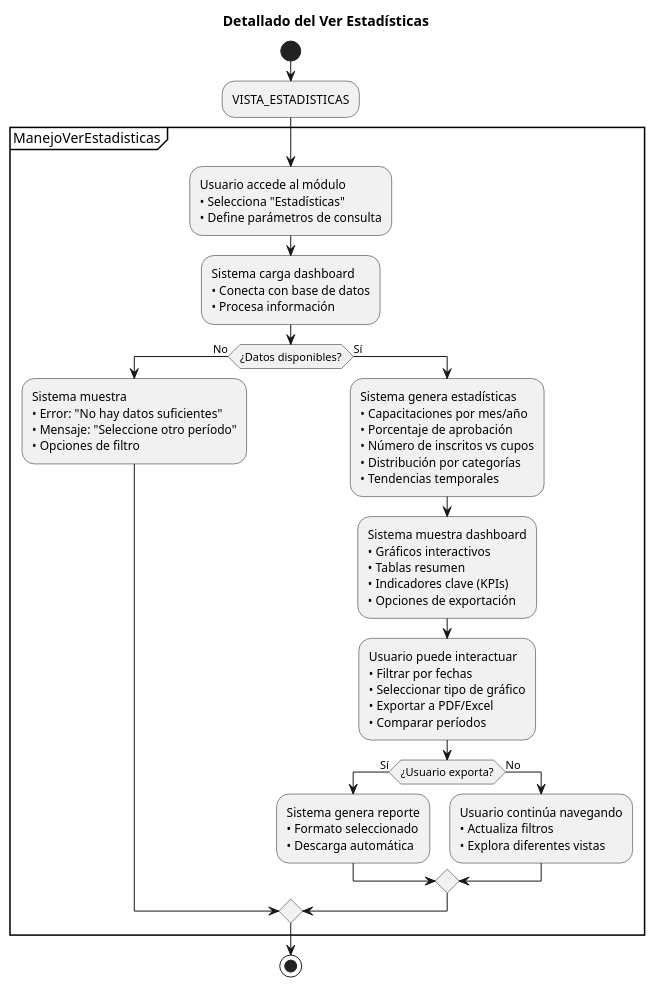
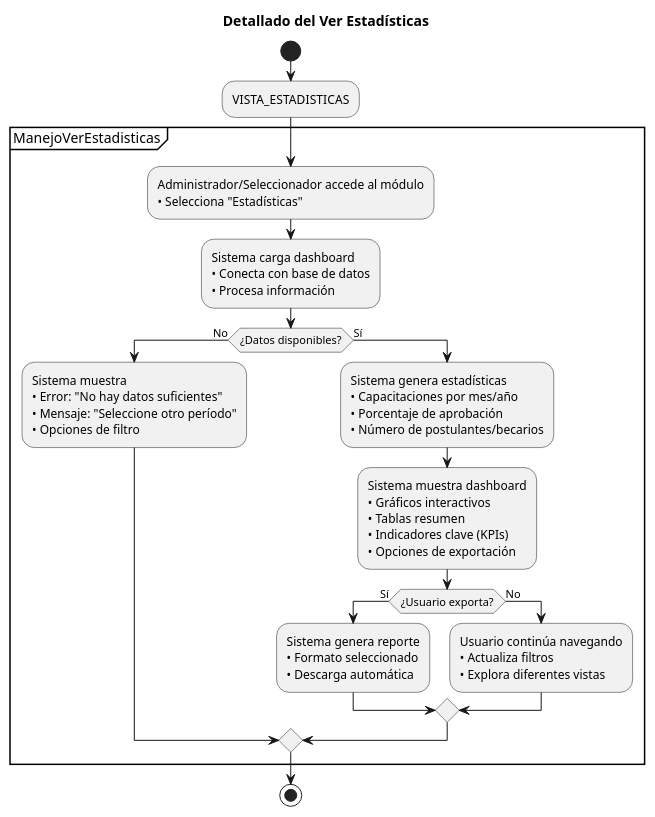
The diagram in casos_de_uso/diagramas_casos_de_uso_detallados/ver_estadisticas.puml (Dievex/24-25-IdSw1-SDR), drawn with PlantUML before and after one commit.

Commit message:
estadisiticas modificacion

```diff
--- a/casos_de_uso/diagramas_casos_de_uso_detallados/ver_estadisticas.puml
+++ b/casos_de_uso/diagramas_casos_de_uso_detallados/ver_estadisticas.puml
@@ -1,61 +1,57 @@
 @startuml
 title Detallado del Ver Estadísticas
 
 start
 
 :VISTA_ESTADISTICAS;
 
 partition ManejoVerEstadisticas {
   
-  :Usuario accede al módulo
-  • Selecciona "Estadísticas"
-  • Define parámetros de consulta;
+  :Administrador/Seleccionador accede al módulo
+  • Selecciona "Estadísticas";
+
   
   :Sistema carga dashboard
   • Conecta con base de datos
   • Procesa información;
   
   if (¿Datos disponibles?) then (No)
     :Sistema muestra
     • Error: "No hay datos suficientes"
     • Mensaje: "Seleccione otro período"
     • Opciones de filtro;
     
   else (Sí)
     :Sistema genera estadísticas
     • Capacitaciones por mes/año
     • Porcentaje de aprobación
-    • Número de inscritos vs cupos
-    • Distribución por categorías
-    • Tendencias temporales;
+    • Número de postulantes/becarios;
+  
+ 
     
     :Sistema muestra dashboard
     • Gráficos interactivos
     • Tablas resumen
     • Indicadores clave (KPIs)
     • Opciones de exportación;
     
-    :Usuario puede interactuar
-    • Filtrar por fechas
-    • Seleccionar tipo de gráfico
-    • Exportar a PDF/Excel
-    • Comparar períodos;
+ 
     
     if (¿Usuario exporta?) then (Sí)
       :Sistema genera reporte
       • Formato seleccionado
       • Descarga automática;
       
     else (No)
       :Usuario continúa navegando
       • Actualiza filtros
       • Explora diferentes vistas;
       
     endif
     
   endif
   
 }
 
 stop
 @end
```
